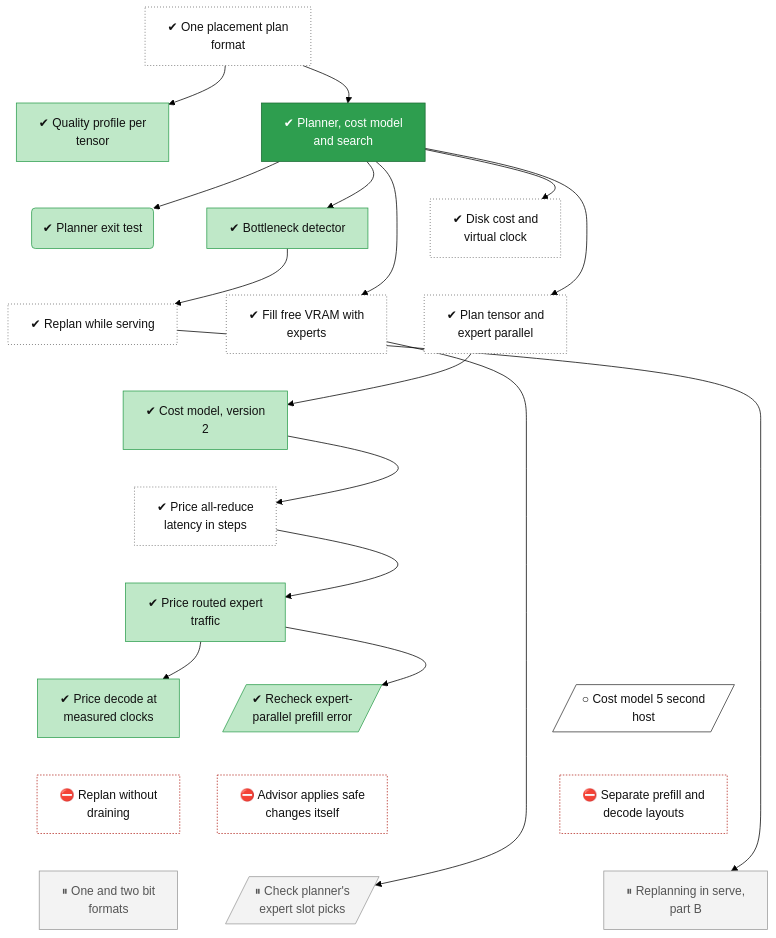
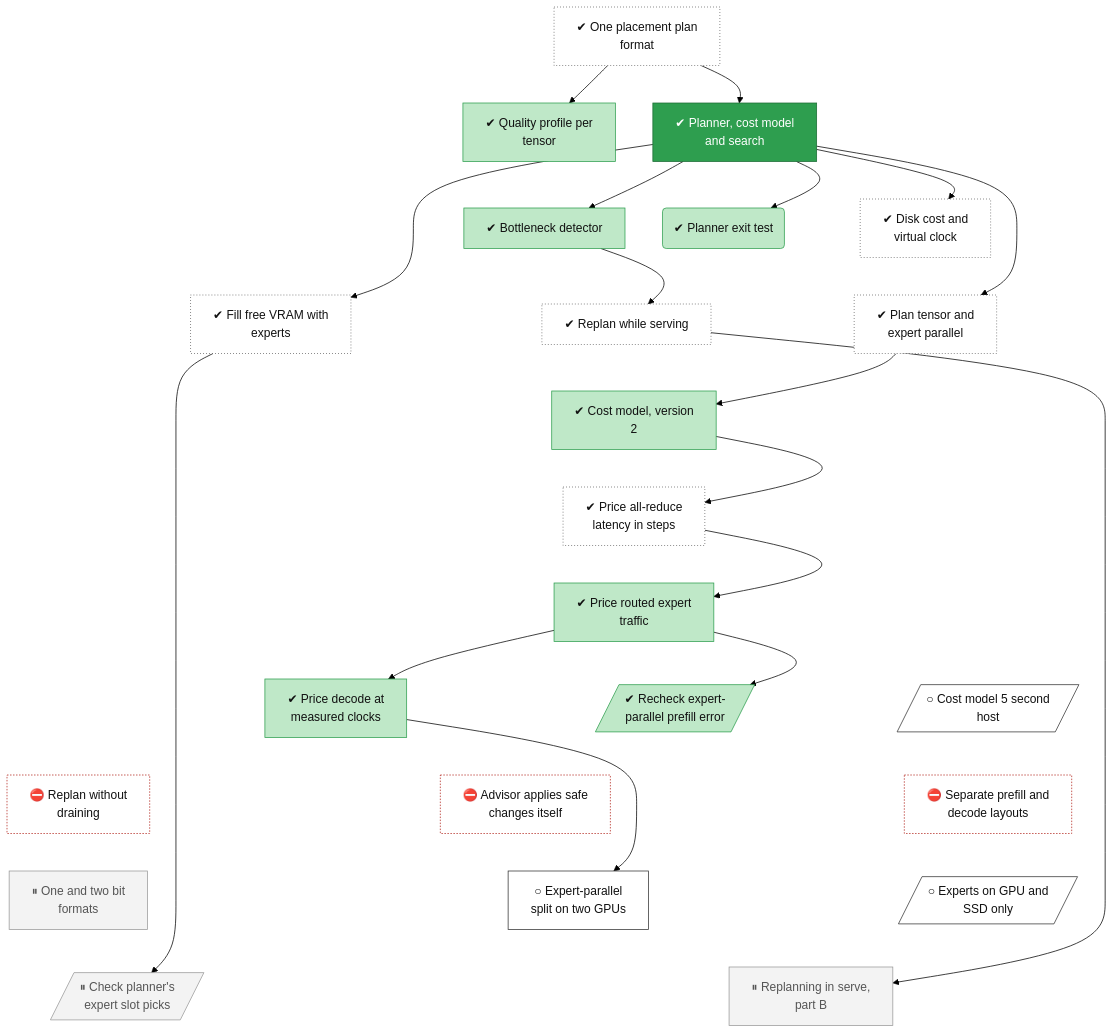
The diagram in docs/roadmap/tracks/planner.md (lhns/tetraeder), drawn with Mermaid (forest theme) before and after one commit. The commit also changed other lines of this file and 11 other files, not shown here.

Commit message:
Strata feature matrix (docs/notes/strata-parity.md, v0.2.20 from source), ADR 0085 (Proposed), tree nodes: bench-strata-q36 first, then an own qwen35moe builder; class 1 nodes kv-auto, ep-split, low-ram modes, prefix SSD (not measured)

````diff
--- a/docs/roadmap/tracks/planner.md
+++ b/docs/roadmap/tracks/planner.md
@@ -28,6 +28,8 @@
     planner_advisor_auto["⛔ Advisor applies safe<br/>changes itself"]
     planner_split_layouts["⛔ Separate prefill and<br/>decode layouts"]
     planner_low_bit_formats["⏸ One and two bit<br/>formats"]
+    planner_ep_split["○ Expert-parallel<br/>split on two GPUs"]
+    planner_low_ram_modes[/"○ Experts on GPU and<br/>SSD only"/]
     planner_slot_campaign[/"⏸ Check planner's<br/>expert slot picks"/]
     planner_replan_part_b["⏸ Replanning in serve,<br/>part B"]
     planner_plan_ir ~~~ planner_quality
@@ -50,8 +52,11 @@
     planner_ep_prefill_recheck ~~~ planner_advisor_auto
     planner_cost_model_v5_host2 ~~~ planner_split_layouts
     planner_live_replan ~~~ planner_low_bit_formats
-    planner_advisor_auto ~~~ planner_slot_campaign
-    planner_split_layouts ~~~ planner_replan_part_b
+    planner_advisor_auto ~~~ planner_ep_split
+    planner_split_layouts ~~~ planner_low_ram_modes
+    planner_low_bit_formats ~~~ planner_slot_campaign
+    planner_ep_split ~~~ planner_replan_part_b
+    planner_low_ram_modes ~~~ planner_replan_part_b
     planner_plan_ir --> planner_quality
     planner_plan_ir --> planner_core
     planner_core --> planner_exit
@@ -65,6 +70,7 @@
     planner_cost_v3 --> planner_cost_v4
     planner_cost_v4 --> planner_cost_model_v5
     planner_cost_v4 --> planner_ep_prefill_recheck
+    planner_cost_model_v5 --> planner_ep_split
     planner_fill_tier --> planner_slot_campaign
     planner_replan --> planner_replan_part_b
     classDef vsucc fill:#2e9e4f,stroke:#1b6b34,color:#fff
@@ -84,7 +90,7 @@
     class planner_plan_ir,planner_tier_cost,planner_replan,planner_fill_tier,planner_parallel_shapes,planner_cost_v3 unrated
     class planner_quality,planner_exit,planner_detector,planner_cost_v2,planner_cost_v4,planner_cost_model_v5,planner_ep_prefill_recheck succ
     class planner_core vsucc
-    class planner_cost_model_v5_host2 next
+    class planner_cost_model_v5_host2,planner_ep_split,planner_low_ram_modes next
     class planner_live_replan,planner_advisor_auto,planner_split_layouts blocked
     class planner_low_bit_formats,planner_slot_campaign,planner_replan_part_b parked
 ```
````
